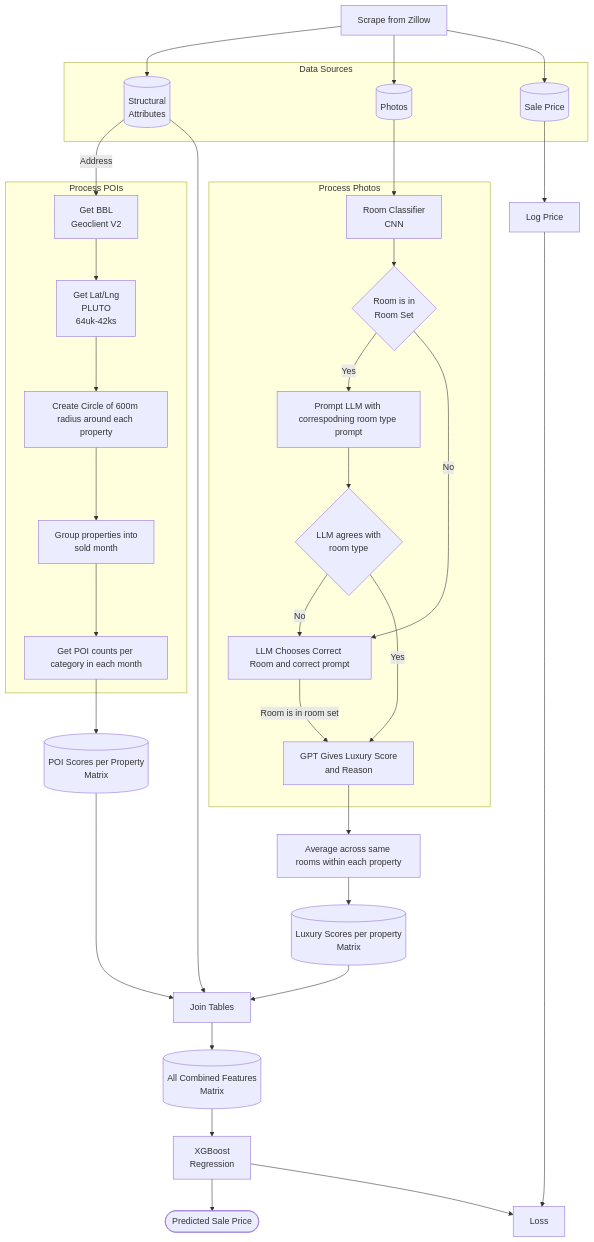
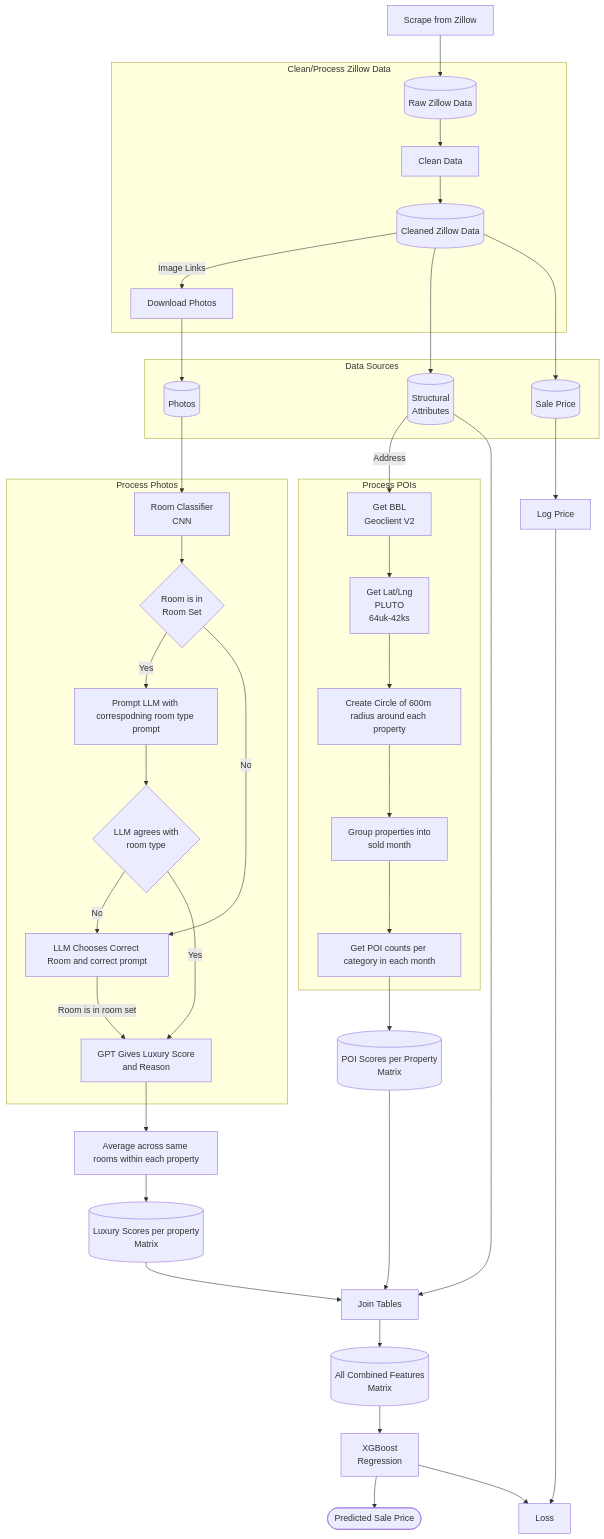
Before and after one commit to skywat1/CompEdge: the diagram in pipeline.md, drawn with Mermaid. The commit also changed 199 other files, not shown here.

````diff
--- a/pipeline.md
+++ b/pipeline.md
@@ -1,52 +1,62 @@
 ```mermaid
 flowchart TD
+
     SCRAPE[Scrape from Zillow]
+
+    subgraph CLEAN_ZILLOW[Clean/Process Zillow Data]
+        ZRAW[(Raw Zillow Data)]
+        ZRAW --> ZCLEAN[Clean Data]
+        ZCLEAN --> ZCLEANED[(Cleaned Zillow Data)]
+         ZCLEANED --> |Image Links| IMGDOWNLOAD[Download Photos]
+    end
+
+    SCRAPE --> ZRAW
 
     subgraph DATA_SRC[Data Sources]
         STRUCT_ATTR[(Structural<br/>Attributes)]
         PHOTOS[(Photos)]
         PRICE[(Sale Price)]
     end
 
-    SCRAPE --> STRUCT_ATTR
-    SCRAPE --> PHOTOS
-    SCRAPE --> PRICE
+    ZCLEANED --> STRUCT_ATTR
+    IMGDOWNLOAD --> PHOTOS
+    ZCLEANED --> PRICE
 
     PHOTOS --> ROOM_CNN
 
     subgraph PHOTOS_PROC[Process Photos]
         ROOM_CNN[Room Classifier <br/> CNN]
         ROOM_CNN --> IN_ROOM_SET{Room is in <br/> Room Set}
         IN_ROOM_SET --> |Yes| LLM_IMG_PROMPT[Prompt LLM with correspodning room type prompt]
         IN_ROOM_SET --> |No| LLM_CHOOSE_ROOM
         LLM_IMG_PROMPT --> LLM_AGREES{LLM agrees with <br/> room type}
         LLM_AGREES --> |No| LLM_CHOOSE_ROOM[LLM Chooses Correct Room and correct prompt]
         LLM_AGREES --> |Yes| LLM_SCORE[GPT Gives Luxury Score <br/> and Reason]
         LLM_CHOOSE_ROOM --> |Room is in room set| LLM_SCORE
     end
 
     LLM_SCORE --> AGGR_PHOTOS[Average across same rooms within each property]
     AGGR_PHOTOS --> IMG_MATRIX[(Luxury Scores per property<br/>Matrix)]
 
     subgraph POI_PROC[Process POIs]
         STRUCT_ATTR --> |Address| GET_BBL[Get BBL<br/>Geoclient V2]
         GET_BBL --> PLUTO_POI[Get Lat/Lng <br/> PLUTO <br/> 64uk-42ks]
         PLUTO_POI --> CREATE_CIRCLES[Create Circle of 600m radius around each property]
         CREATE_CIRCLES --> POI_DATE_AGGR[Group properties into <br/> sold month]
         POI_DATE_AGGR --> OHSOME[Get POI counts per category in each month]
     end
 
     OHSOME --> POI_MATRIX[(POI Scores per Property <br/> Matrix)]
 
     JOIN_TABLES[Join Tables]
     STRUCT_ATTR --> JOIN_TABLES
     IMG_MATRIX --> JOIN_TABLES
     POI_MATRIX --> JOIN_TABLES
     JOIN_TABLES --> ALL_FEATURES[(All Combined Features <br/> Matrix)]
 
     ALL_FEATURES --> XGBOOST[XGBoost <br/> Regression]
     XGBOOST --> PRICE_PRED([Predicted Sale Price])
     XGBOOST --> LOSS[Loss]
     PRICE --> LOG_PRICE[Log Price]
     LOG_PRICE --> LOSS
 ```
````
